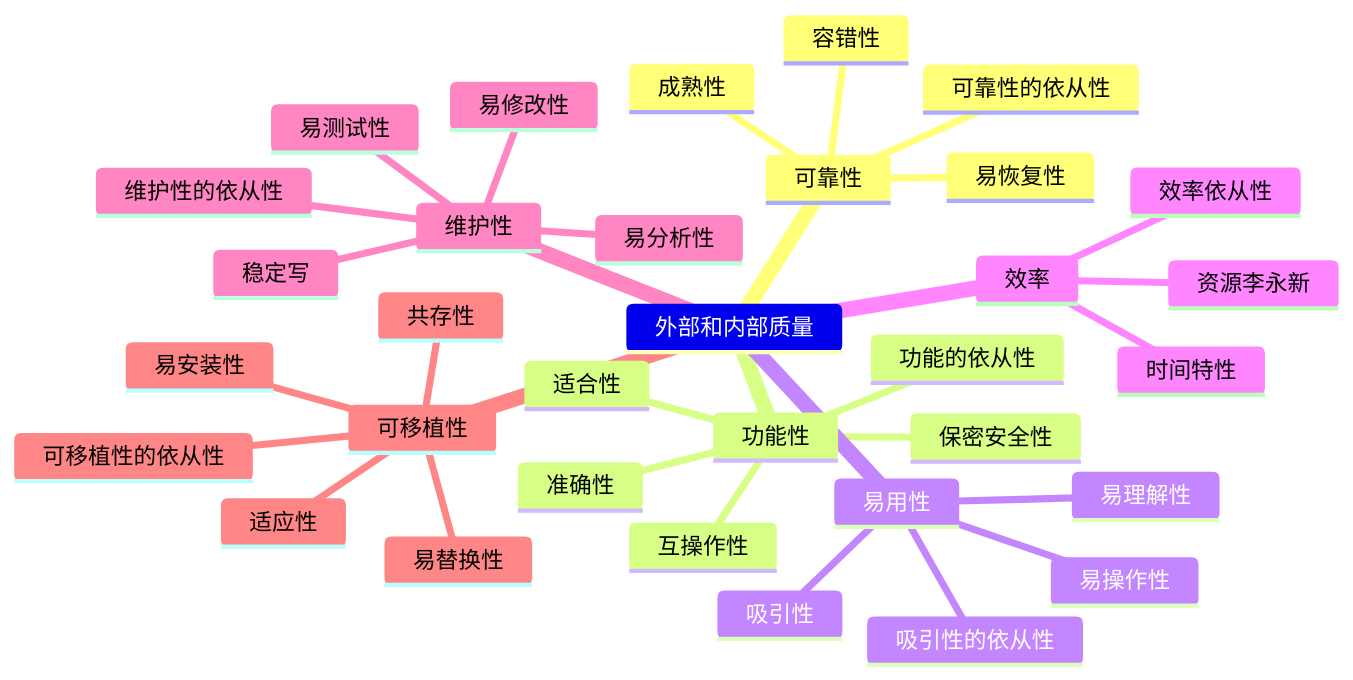
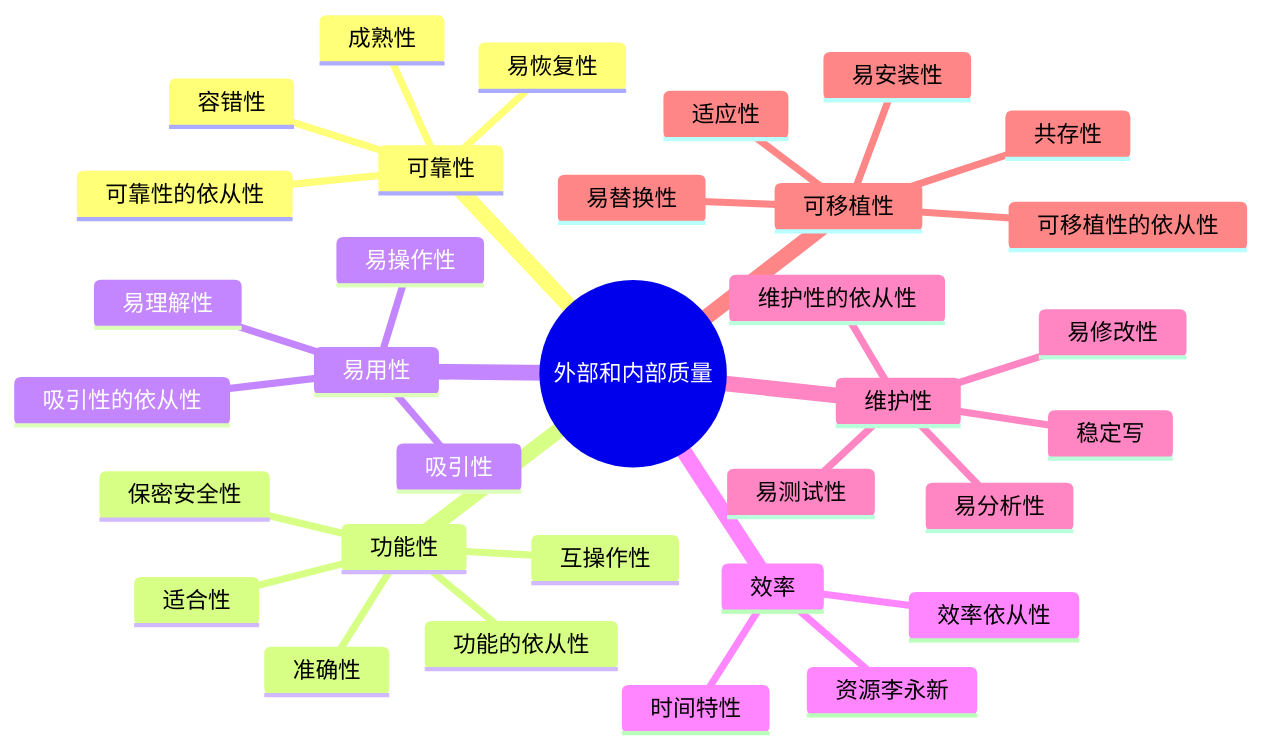
The diagram in doc/软件工程/软件设计/代码质量/代码质量.md (0xcaffebabe/note), drawn with Mermaid before and after one commit. The commit also changed 12 other files, not shown here.

First line of the commit message:
docs(mindmap): 统一思维导图根节点格式

````diff
--- a/doc/软件工程/软件设计/代码质量/代码质量.md
+++ b/doc/软件工程/软件设计/代码质量/代码质量.md
@@ -5,36 +5,36 @@
 ```mermaid
 mindmap
-  外部和内部质量
+  root((外部和内部质量))
     可靠性
       成熟性
       容错性
       易恢复性
       可靠性的依从性
     功能性
       适合性
       准确性
       互操作性
       保密安全性
       功能的依从性
     易用性
       易理解性
       易操作性
       吸引性
       吸引性的依从性
     效率
       时间特性
       资源李永新
       效率依从性
     维护性
       易分析性
       易修改性
       稳定写
       易测试性
       维护性的依从性
     可移植性
       适应性
       易安装性
       共存性
       易替换性
       可移植性的依从性
 ```
````
